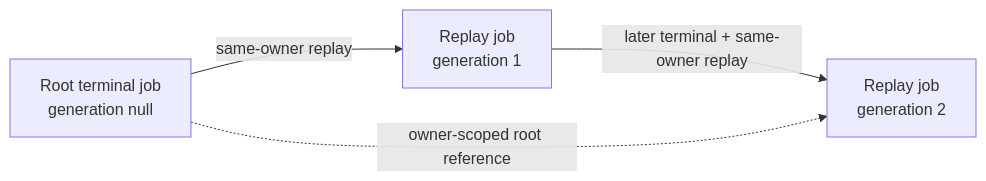
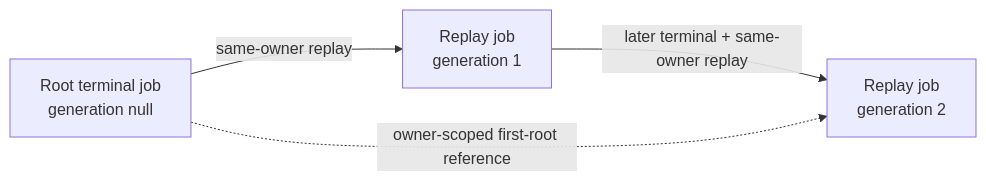
One commit to ContextualWisdomLab/mightyETL changed the diagram in docs/operations/durable-job-replay.md. Above: the diagram before and after it, drawn with Mermaid. The commit also changed other lines of this file, not shown here.

````diff
--- a/docs/operations/durable-job-replay.md
+++ b/docs/operations/durable-job-replay.md
@@ -103,6 +124,6 @@
 ```mermaid
 flowchart LR
     R0[Root terminal job<br/>generation null] -->|same-owner replay| R1[Replay job<br/>generation 1]
     R1 -->|later terminal + same-owner replay| R2[Replay job<br/>generation 2]
-    R0 -. owner-scoped root reference .-> R2
+    R0 -. owner-scoped first-root reference .-> R2
 ```
````
